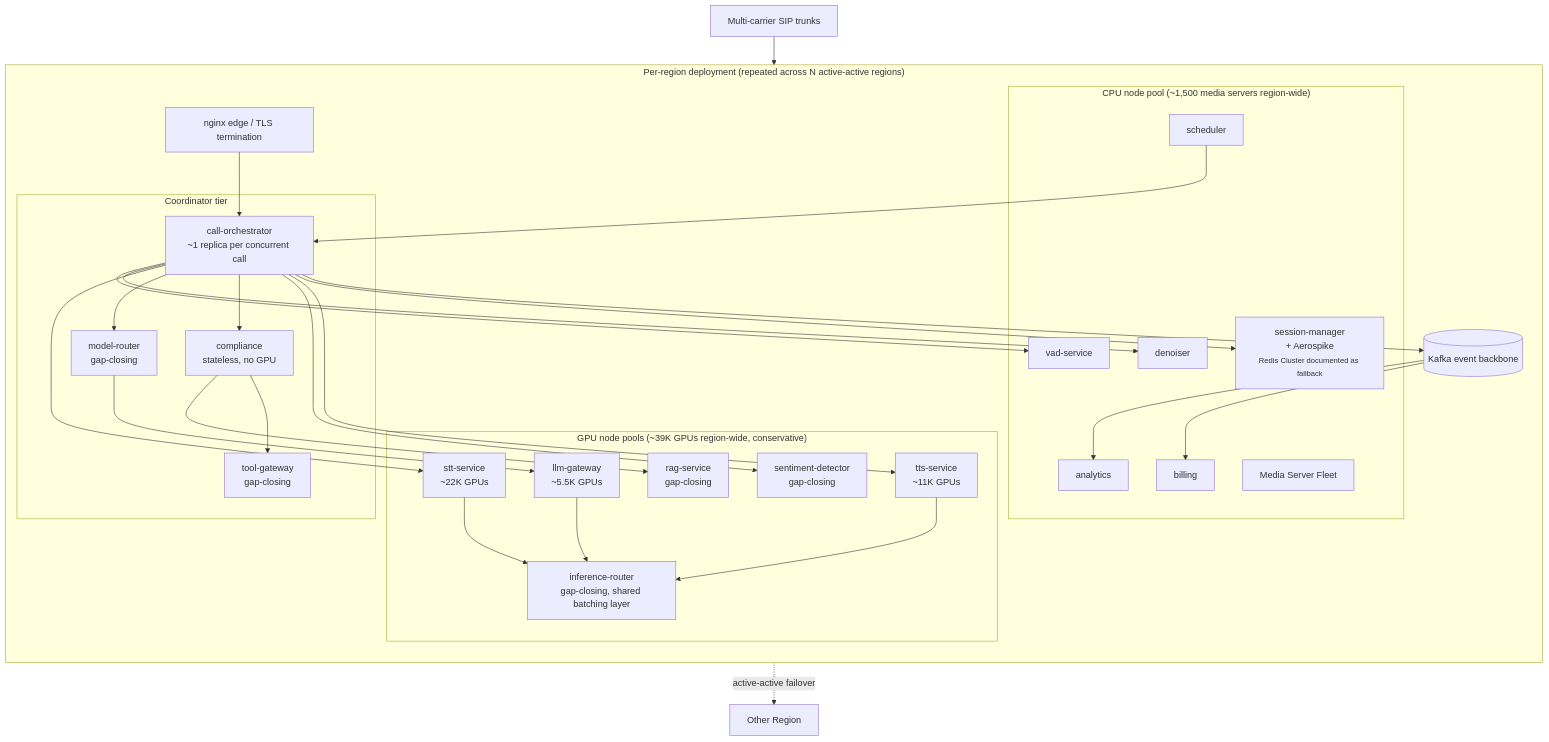
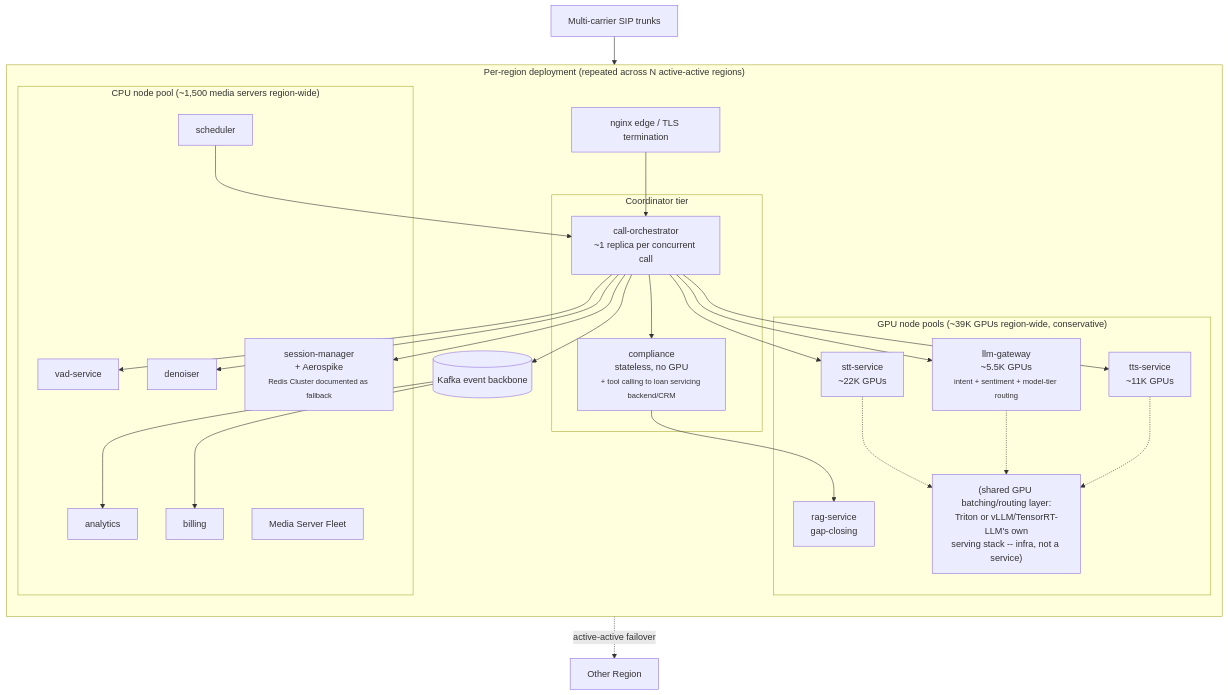
The diagram in architecture/deployment-diagram.mmd (updated123/Voice_Agent), drawn with Mermaid before and after one commit. The commit also changed 14 other files, not shown here.

```diff
--- a/architecture/deployment-diagram.mmd
+++ b/architecture/deployment-diagram.mmd
@@ -1,60 +1,54 @@
 %% deployment-diagram.mmd — infra topology at hyperscale
 %% Source for docs/deployment.md and docs/scaling.md.
 %% Render with: mmdc -i deployment-diagram.mmd -o deployment-diagram.png
 
 flowchart TB
     subgraph Region["Per-region deployment (repeated across N active-active regions)"]
         direction TB
 
         subgraph CPUTier["CPU node pool (~1,500 media servers region-wide)"]
             MS[Media Server Fleet]
             VADS[vad-service]
             DNS[denoiser]
             SCHED[scheduler]
             SESS[session-manager<br/>+ Aerospike<br/><small>Redis Cluster documented as fallback</small>]
             ANALYTICS[analytics]
             BILLING[billing]
         end
 
         subgraph GPUTier["GPU node pools (~39K GPUs region-wide, conservative)"]
             STT["stt-service<br/>~22K GPUs"]
-            LLMGW["llm-gateway<br/>~5.5K GPUs"]
+            LLMGW["llm-gateway<br/>~5.5K GPUs<br/><small>intent + sentiment + model-tier routing</small>"]
             TTSS["tts-service<br/>~11K GPUs"]
             RAG["rag-service<br/>gap-closing"]
-            SENT["sentiment-detector<br/>gap-closing"]
-            INFR["inference-router<br/>gap-closing, shared batching layer"]
+            TRITON["(shared GPU batching/routing layer:<br/>Triton or vLLM/TensorRT-LLM's own<br/>serving stack -- infra, not a service)"]
         end
 
         subgraph CoordTier["Coordinator tier"]
             ORCH["call-orchestrator<br/>~1 replica per concurrent call"]
-            COMP["compliance<br/>stateless, no GPU"]
-            TOOLGW["tool-gateway<br/>gap-closing"]
-            MROUTER["model-router<br/>gap-closing"]
+            COMP["compliance<br/>stateless, no GPU<br/><small>+ tool calling to loan servicing backend/CRM</small>"]
         end
 
         NGINX[nginx edge / TLS termination]
         KAFKA[(Kafka event backbone)]
 
         NGINX --> ORCH
         ORCH --> VADS
         ORCH --> DNS
         ORCH --> STT
-        ORCH --> MROUTER
-        MROUTER --> LLMGW
+        ORCH --> LLMGW
         ORCH --> COMP
         COMP --> RAG
-        COMP --> TOOLGW
-        ORCH --> SENT
         ORCH --> TTSS
         ORCH --> SESS
         ORCH --> KAFKA
-        STT --> INFR
-        LLMGW --> INFR
-        TTSS --> INFR
+        STT -.-> TRITON
+        LLMGW -.-> TRITON
+        TTSS -.-> TRITON
         KAFKA --> ANALYTICS
         KAFKA --> BILLING
         SCHED --> ORCH
     end
 
     CARRIER[Multi-carrier SIP trunks] --> NGINX
     Region -.->|active-active failover| Region2[Other Region]
```
